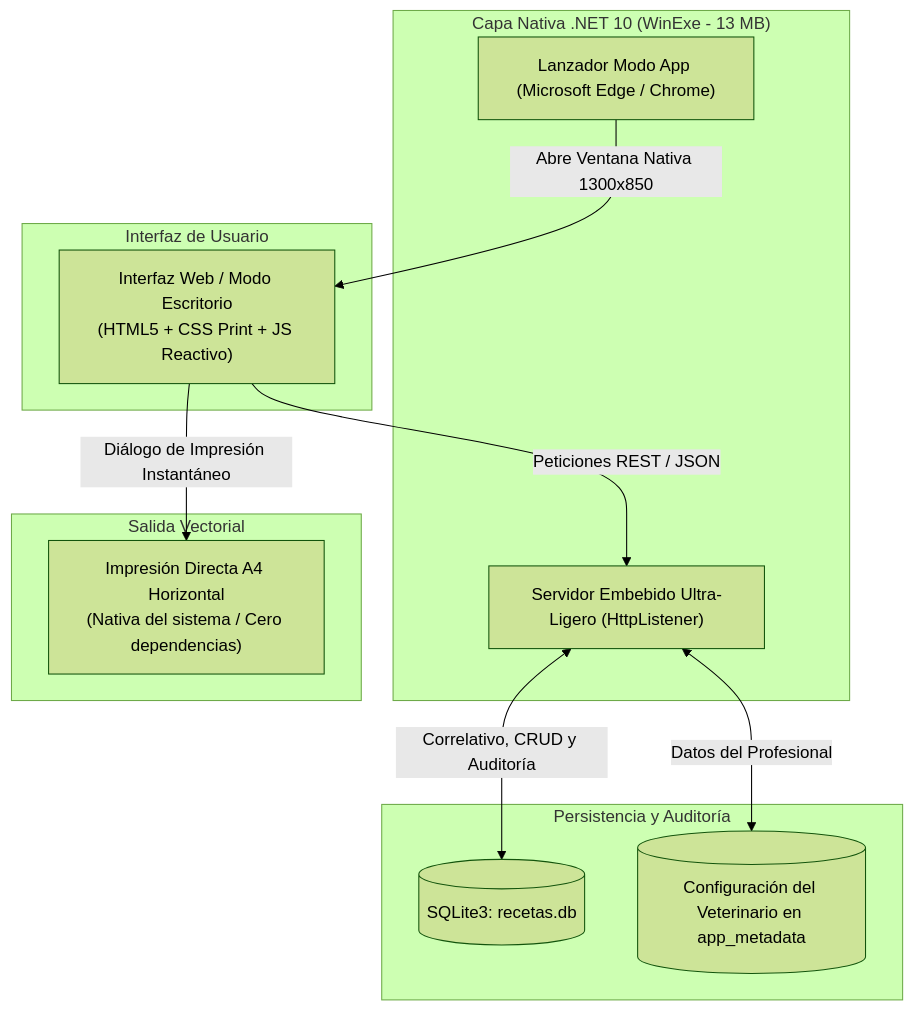
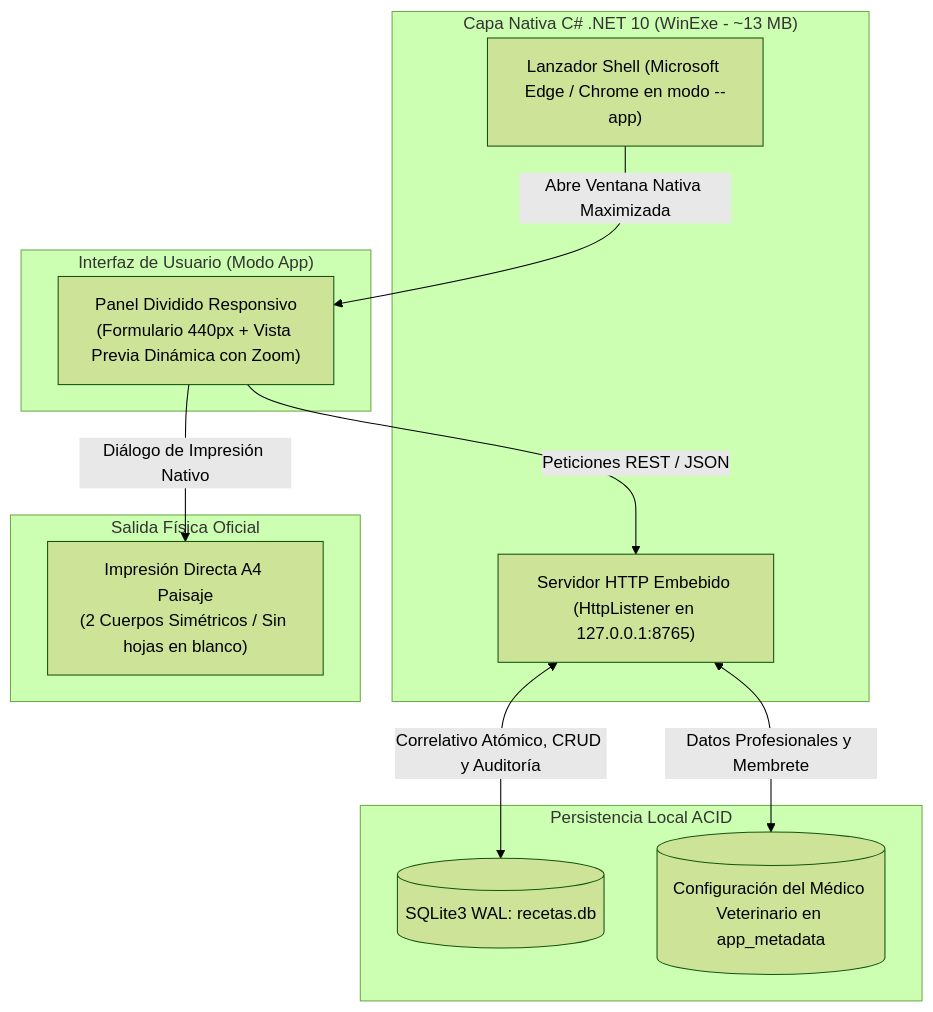
Before and after one commit to Klopezxd/vet-prescription-generator: the diagram in README.md, drawn with Mermaid (forest theme). The commit also changed other lines of this file and 2 other files, not shown here.

````diff
--- a/README.md
+++ b/README.md
@@ -35,26 +49,26 @@
 ```mermaid
 flowchart TD
-    subgraph Frontend["Interfaz de Usuario"]
-        UI["Interfaz Web / Modo Escritorio<br>(HTML5 + CSS Print + JS Reactivo)"]
+    subgraph Frontend["Interfaz de Usuario (Modo App)"]
+        UI["Panel Dividido Responsivo<br>(Formulario 440px + Vista Previa Dinámica con Zoom)"]
     end
 
-    subgraph Backend["Capa Nativa .NET 10 (WinExe - 13 MB)"]
-        Server["Servidor Embebido Ultra-Ligero (HttpListener)"]
-        Launcher["Lanzador Modo App (Microsoft Edge / Chrome)"]
+    subgraph Backend["Capa Nativa C# .NET 10 (WinExe - ~13 MB)"]
+        Server["Servidor HTTP Embebido (HttpListener en 127.0.0.1:8765)"]
+        Launcher["Lanzador Shell (Microsoft Edge / Chrome en modo --app)"]
     end
 
-    subgraph Storage["Persistencia y Auditoría"]
-        DB[(SQLite3: recetas.db)]
-        Meta[(Configuración del Veterinario en app_metadata)]
+    subgraph Storage["Persistencia Local ACID"]
+        DB[(SQLite3 WAL: recetas.db)]
+        Meta[(Configuración del Médico Veterinario en app_metadata)]
     end
 
-    subgraph Output["Salida Vectorial"]
-        Print["Impresión Directa A4 Horizontal<br>(Nativa del sistema / Cero dependencias)"]
+    subgraph Output["Salida Física Oficial"]
+        Print["Impresión Directa A4 Paisaje<br>(2 Cuerpos Simétricos / Sin hojas en blanco)"]
     end
 
     UI -->|Peticiones REST / JSON| Server
-    Launcher -->|Abre Ventana Nativa 1300x850| UI
-    Server <-->|Correlativo, CRUD y Auditoría| DB
-    Server <-->|Datos del Profesional| Meta
-    UI -->|Diálogo de Impresión Instantáneo| Print
+    Launcher -->|Abre Ventana Nativa Maximizada| UI
+    Server <-->|Correlativo Atómico, CRUD y Auditoría| DB
+    Server <-->|Datos Profesionales y Membrete| Meta
+    UI -->|Diálogo de Impresión Nativo| Print
 ```
````
